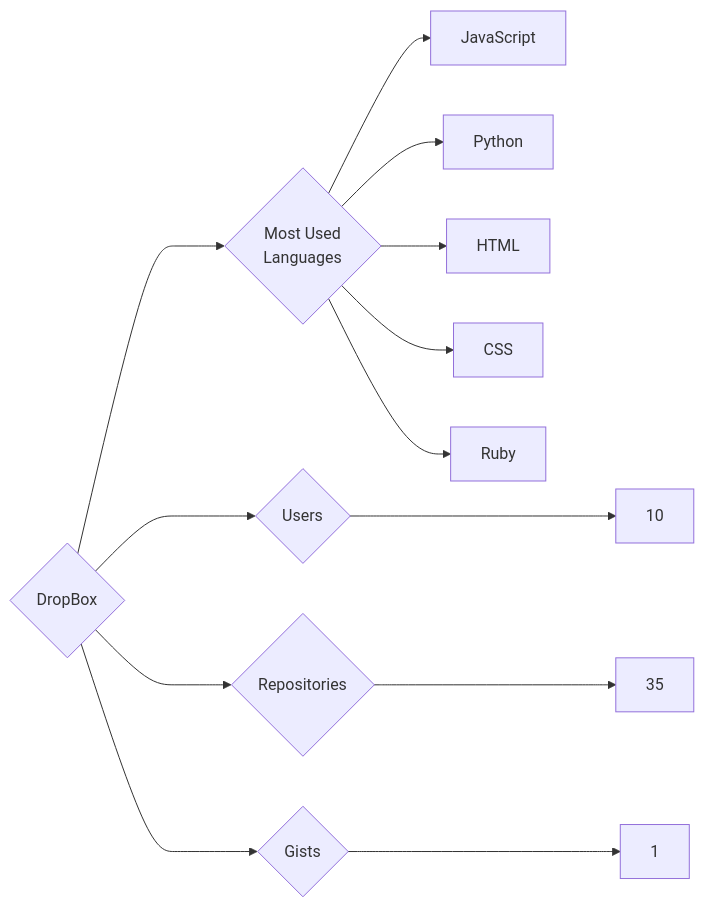
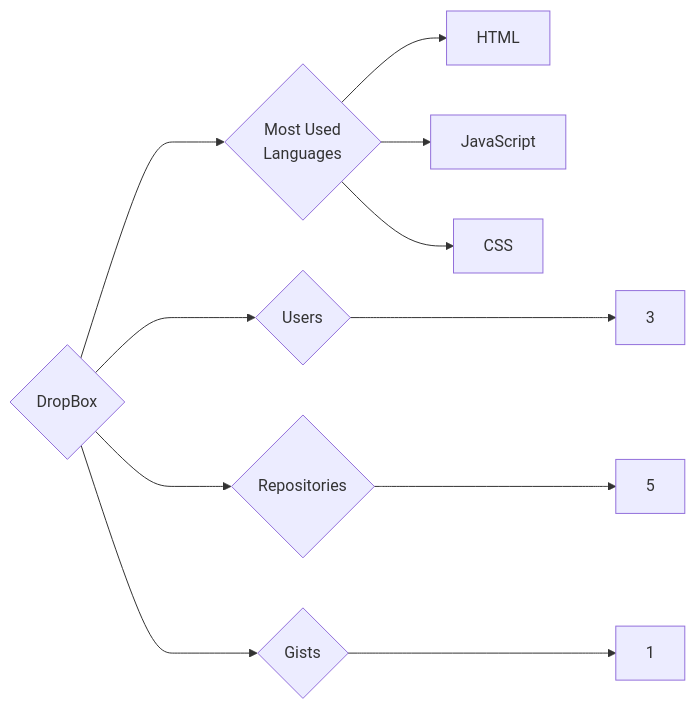
Before and after one commit to trickest/insiders: the diagram in targets/DropBox/README.md, drawn with Mermaid. The commit also changed 1123 other files, not shown here.

````diff
--- a/targets/DropBox/README.md
+++ b/targets/DropBox/README.md
@@ -3,13 +3,11 @@
 ```mermaid
 graph LR
 COMPANY_NAME{DropBox}
-COMPANY_NAME ---> U{Users} ---> UN[10]
-COMPANY_NAME ---> R{Repositories} ---> RN[35]
+COMPANY_NAME ---> U{Users} ---> UN[3]
+COMPANY_NAME ---> R{Repositories} ---> RN[5]
 COMPANY_NAME ---> G{Gists} ---> GN[1]
 COMPANY_NAME ---> ML{Most Used<br>Languages}
+ML --> HTML[HTML]
 ML --> JavaScript[JavaScript]
-ML --> Python[Python]
-ML --> HTML[HTML]
 ML --> CSS[CSS]
-ML --> Ruby[Ruby]
 ```
````
